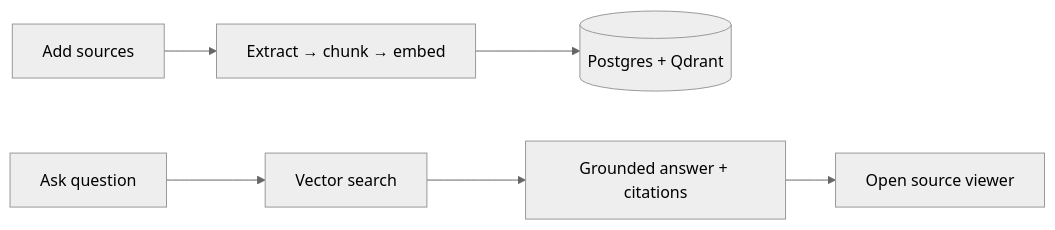
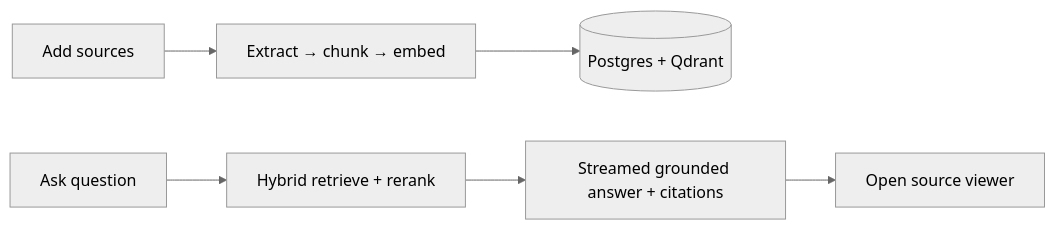
The diagram in README.md (harshlocham/knowledge-workbench), drawn with Mermaid (neutral theme) before and after one commit. The commit also changed other lines of this file and 22 other files, not shown here.

````diff
--- a/README.md
+++ b/README.md
@@ -71,8 +72,8 @@
 ```mermaid
 flowchart LR
   Sources[Add sources] --> Index[Extract → chunk → embed]
   Index --> Store[(Postgres + Qdrant)]
-  Ask[Ask question] --> Retrieve[Vector search]
-  Retrieve --> Answer[Grounded answer + citations]
+  Ask[Ask question] --> Retrieve[Hybrid retrieve + rerank]
+  Retrieve --> Answer[Streamed grounded answer + citations]
   Answer --> Viewer[Open source viewer]
 ```
````
